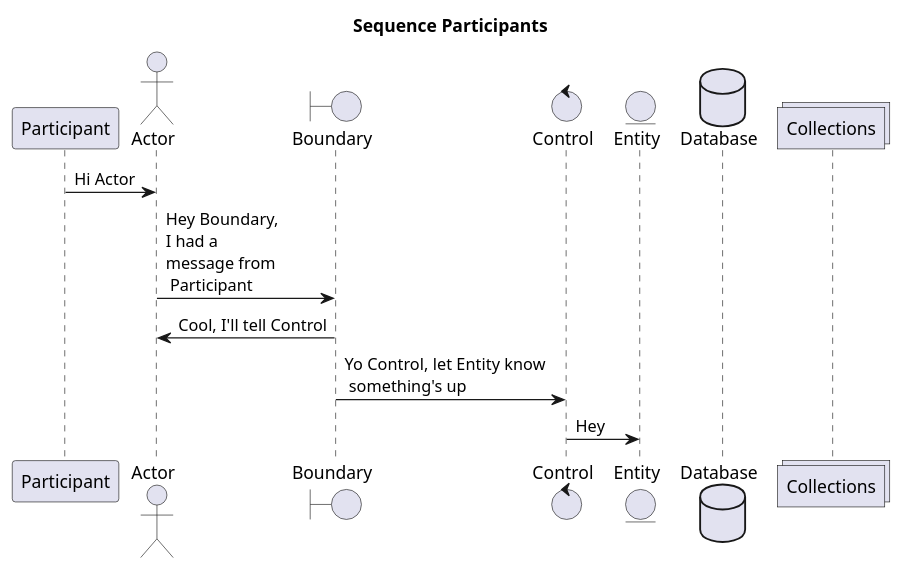
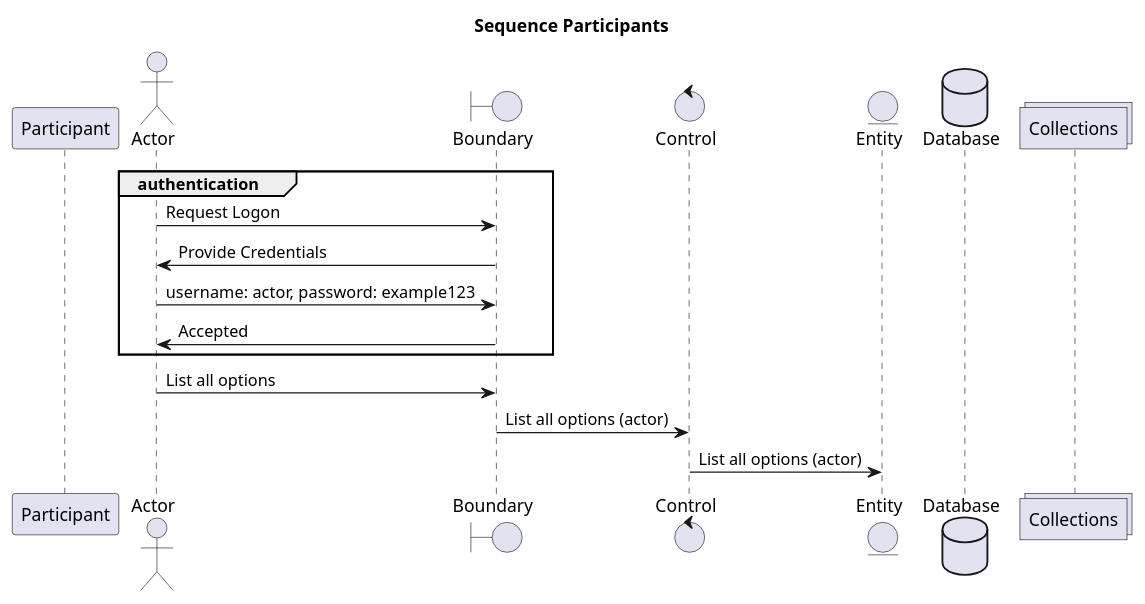
The second of 2 diagrams in Diagram-Types/diagram-types.md (mattjhayes/PlantUML-Examples), drawn with PlantUML before and after one commit. The commit also changed 1 other file, not shown here.

Commit message:
update seq diagram

````diff
--- a/Diagram-Types/diagram-types.md
+++ b/Diagram-Types/diagram-types.md
@@ -36,19 +36,23 @@
 ```plantuml
 @startuml
 title Sequence Participants
 ' Specify the participants left to right:
 participant Participant
 actor Actor
 boundary Boundary
 control Control
 entity Entity
 database Database
 collections Collections
 ' Specify the events (in order):
-Participant -> Actor: Hi Actor
-Actor -> Boundary: Hey Boundary,\nI had a\nmessage from\n Participant
-Boundary -> Actor: Cool, I'll tell Control
-Boundary -> Control: Yo Control, let Entity know\n something's up
-Control -> Entity: Hey
+group authentication
+    Actor -> Boundary: Request Logon
+    Boundary -> Actor: Provide Credentials
+    Actor -> Boundary: username: actor, password: example123
+    Boundary -> Actor: Accepted
+end
+Actor -> Boundary: List all options
+Boundary -> Control: List all options (actor)
+Control -> Entity: List all options (actor)
 @enduml
 ```
````
